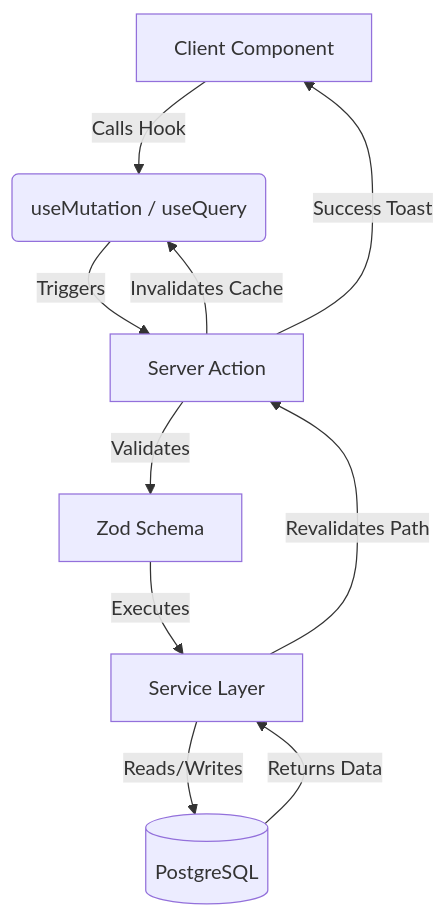
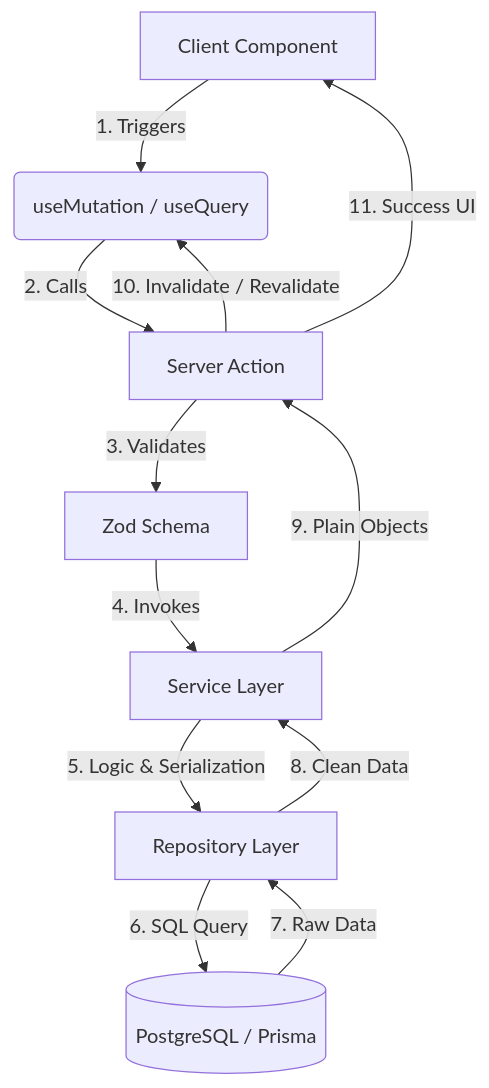
The diagram in README.md (NinjaStackX/HQ_Store), drawn with Mermaid before and after one commit.

Commit message:
Revise data synchronization flow diagram in README

````diff
--- a/README.md
+++ b/README.md
@@ -81,13 +81,14 @@
 ```mermaid
 graph TD
-    A[Client Component] -->|Calls Hook| B(useMutation / useQuery)
-    B -->|Triggers| C[Server Action]
-    C -->|Validates| D[Zod Schema]
-    D -->|Executes| E[Service Layer]
-    E -->|Reads/Writes| F[(PostgreSQL)]
-    F -->|Returns Data| E
-    E -->|Revalidates Path| C
-    C -->|Success Toast| A
-    C -->|Invalidates Cache| B
-
+    A[Client Component] -->|1. Triggers| B(useMutation / useQuery)
+    B -->|2. Calls| C[Server Action]
+    C -->|3. Validates| D[Zod Schema]
+    D -->|4. Invokes| E[Service Layer]
+    E -->|5. Logic & Serialization| F[Repository Layer]
+    F -->|6. SQL Query| G[(PostgreSQL / Prisma)]
+    G -->|7. Raw Data| F
+    F -->|8. Clean Data| E
+    E -->|9. Plain Objects| C
+    C -->|10. Invalidate / Revalidate| B
+    C -->|11. Success UI| A
 ```
````
